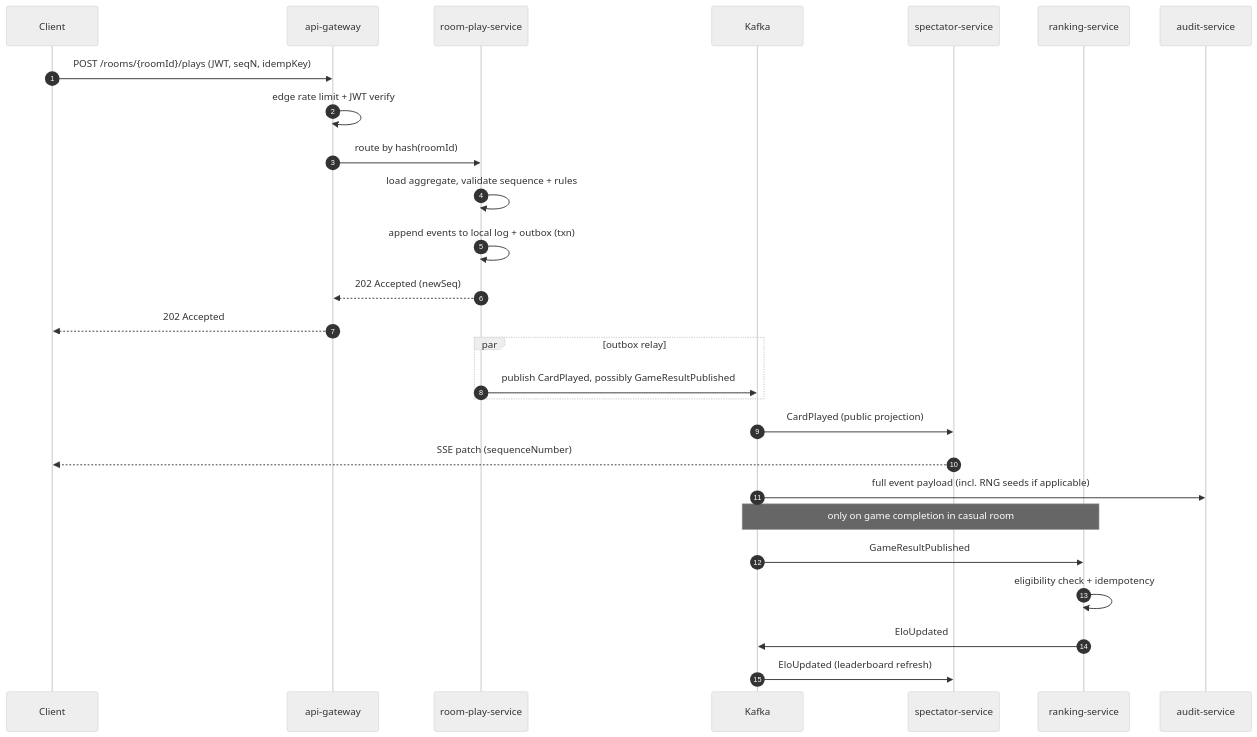
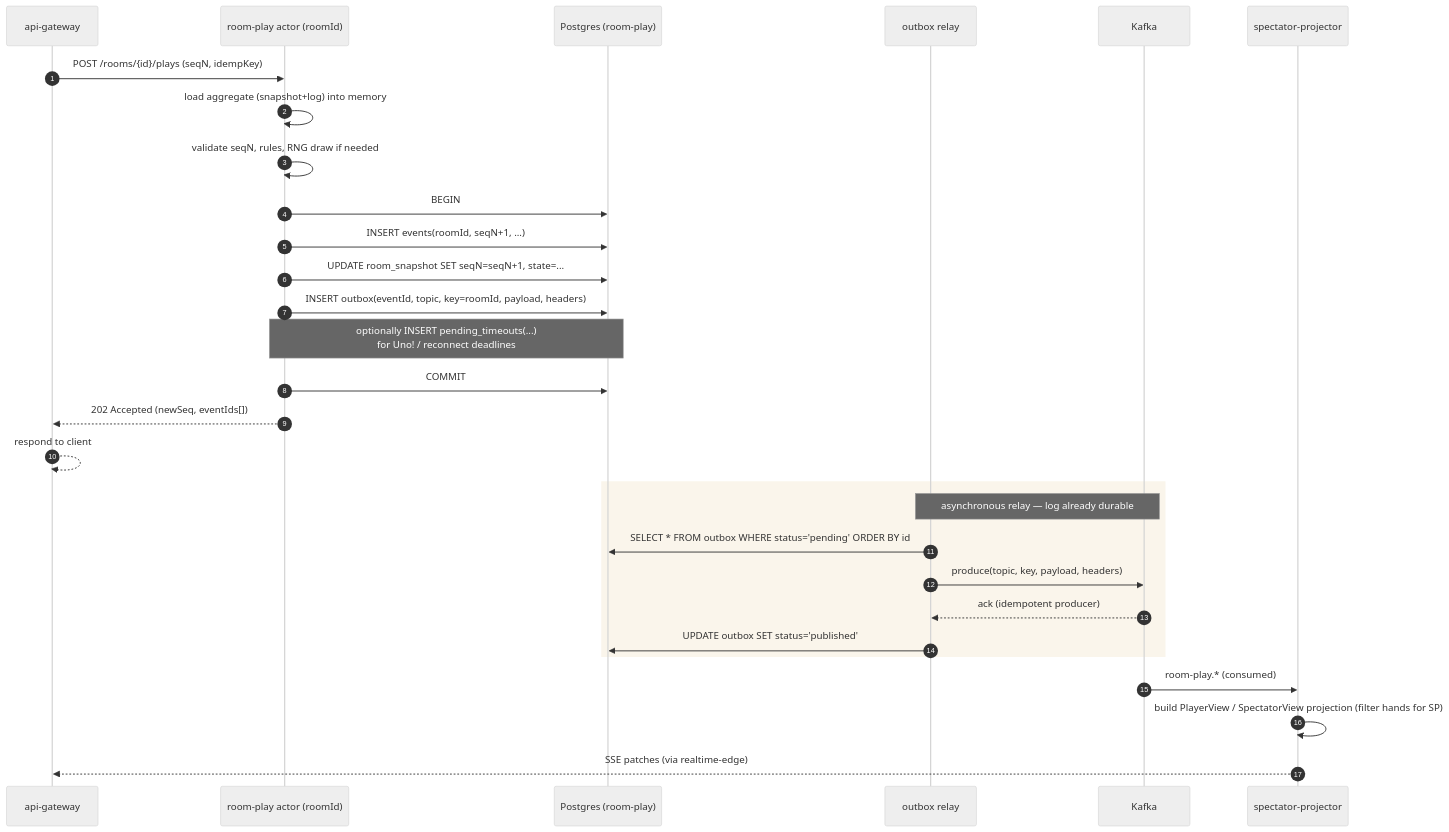
Before and after one commit to julietaTechenski/TP-microservicios: the second of 4 diagrams in ARQUITECTURE.md, drawn with Mermaid (neutral theme). The commit also changed other lines of this file and 1 other file, not shown here.

Commit message:
requirements, arquitecture and diagram updated based on the new assignment instructions

````diff
--- a/ARQUITECTURE.md
+++ b/ARQUITECTURE.md
@@ -782,34 +1354,34 @@
 ```mermaid
 sequenceDiagram
     autonumber
-    participant C as Client
     participant GW as api-gateway
-    participant RP as room-play-service
+    participant ACT as room-play actor (roomId)
+    participant DB as Postgres (room-play)
+    participant OBX as outbox relay
     participant K as Kafka
-    participant SP as spectator-service
-    participant RK as ranking-service
-    participant AU as audit-service
+    participant SP as spectator-projector
 
-    C->>GW: POST /rooms/{roomId}/plays (JWT, seqN, idempKey)
-    GW->>GW: edge rate limit + JWT verify
-    GW->>RP: route by hash(roomId)
-    RP->>RP: load aggregate, validate sequence + rules
-    RP->>RP: append events to local log + outbox (txn)
-    RP-->>GW: 202 Accepted (newSeq)
-    GW-->>C: 202 Accepted
+    GW->>ACT: POST /rooms/{id}/plays (seqN, idempKey)
+    ACT->>ACT: load aggregate (snapshot+log) into memory
+    ACT->>ACT: validate seqN, rules, RNG draw if needed
+    ACT->>DB: BEGIN
+    ACT->>DB: INSERT events(roomId, seqN+1, ...)
+    ACT->>DB: UPDATE room_snapshot SET seqN=seqN+1, state=...
+    ACT->>DB: INSERT outbox(eventId, topic, key=roomId, payload, headers)
+    Note over ACT,DB: optionally INSERT pending_timeouts(...)<br/>for Uno! / reconnect deadlines
+    ACT->>DB: COMMIT
+    ACT-->>GW: 202 Accepted (newSeq, eventIds[])
+    GW-->>GW: respond to client
 
-    par outbox relay
-        RP->>K: publish CardPlayed, possibly GameResultPublished
+    rect rgb(250,245,235)
+    Note over OBX,K: asynchronous relay — log already durable
+    OBX->>DB: SELECT * FROM outbox WHERE status='pending' ORDER BY id
+    OBX->>K: produce(topic, key, payload, headers)
+    K-->>OBX: ack (idempotent producer)
+    OBX->>DB: UPDATE outbox SET status='published'
     end
 
-    K->>SP: CardPlayed (public projection)
-    SP-->>C: SSE patch (sequenceNumber)
-
-    K->>AU: full event payload (incl. RNG seeds if applicable)
-
-    Note over K,RK: only on game completion in casual room
-    K->>RK: GameResultPublished
-    RK->>RK: eligibility check + idempotency
-    RK->>K: EloUpdated
-    K->>SP: EloUpdated (leaderboard refresh)
+    K->>SP: room-play.* (consumed)
+    SP->>SP: build PlayerView / SpectatorView projection (filter hands for SP)
+    SP-->>GW: SSE patches (via realtime-edge)
 ```
````
